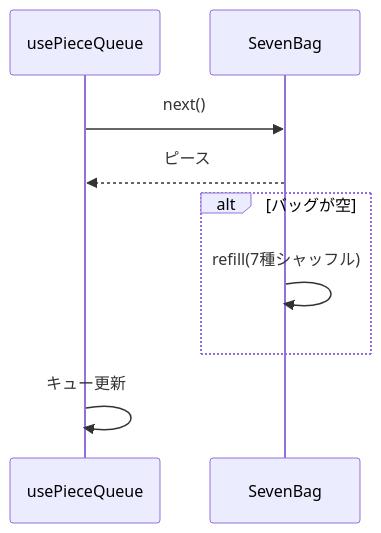
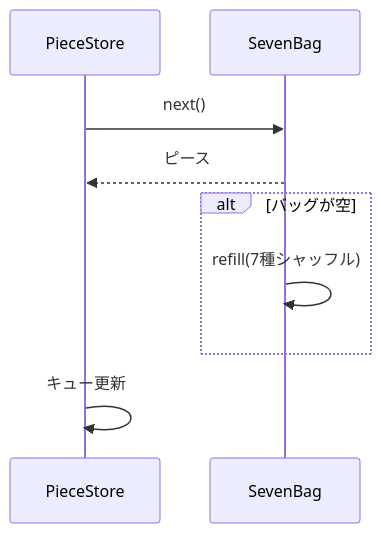
Before and after one commit to garchomp-game/tetris-create-test-codex_gpt5: the third of 5 diagrams in docs/design.md, drawn with Mermaid. The commit also changed other lines of this file and 5 other files, not shown here.

Commit message:
feat: add piece queue store

````diff
--- a/docs/design.md
+++ b/docs/design.md
@@ -59,11 +58,11 @@
 ```mermaid
 sequenceDiagram
-  participant Queue as usePieceQueue
+  participant Store as PieceStore
   participant Bag as SevenBag
-  Queue->>Bag: next()
-  Bag-->>Queue: ピース
+  Store->>Bag: next()
+  Bag-->>Store: ピース
   alt バッグが空
     Bag->>Bag: refill(7種シャッフル)
   end
-  Queue->>Queue: キュー更新
+  Store->>Store: キュー更新
 ```
````
